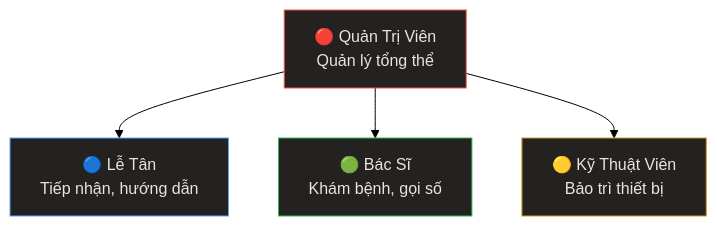
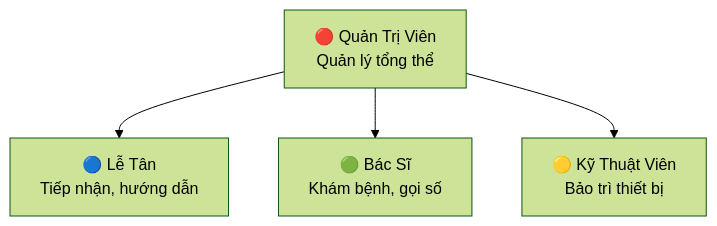
One commit to relukdev/PhuSanAnSinh changed the first of 3 diagrams in src/pages/huong-dan/vai-tro-trach-nhiem.md. Above: the diagram before and after it, drawn with Mermaid (forest theme). The commit also changed other lines of this file and 6 other files, not shown here.

Commit message:
fix(mermaid): remove dark inline styles from all diagrams, use default theme

````diff
--- a/src/pages/huong-dan/vai-tro-trach-nhiem.md
+++ b/src/pages/huong-dan/vai-tro-trach-nhiem.md
@@ -19,11 +19,6 @@
 ```mermaid
 graph TB
-    style QT fill:#232221,stroke:#f85149,color:#E8E5DF
-    style LT fill:#232221,stroke:#60A5FA,color:#E8E5DF
-    style BS fill:#232221,stroke:#3fb950,color:#E8E5DF
-    style KT fill:#232221,stroke:#d29922,color:#E8E5DF
-
     QT["🔴 Quản Trị Viên<br/>Quản lý tổng thể"] --> LT["🔵 Lễ Tân<br/>Tiếp nhận, hướng dẫn"]
     QT --> BS["🟢 Bác Sĩ<br/>Khám bệnh, gọi số"]
     QT --> KT["🟡 Kỹ Thuật Viên<br/>Bảo trì thiết bị"]
 ```
````
